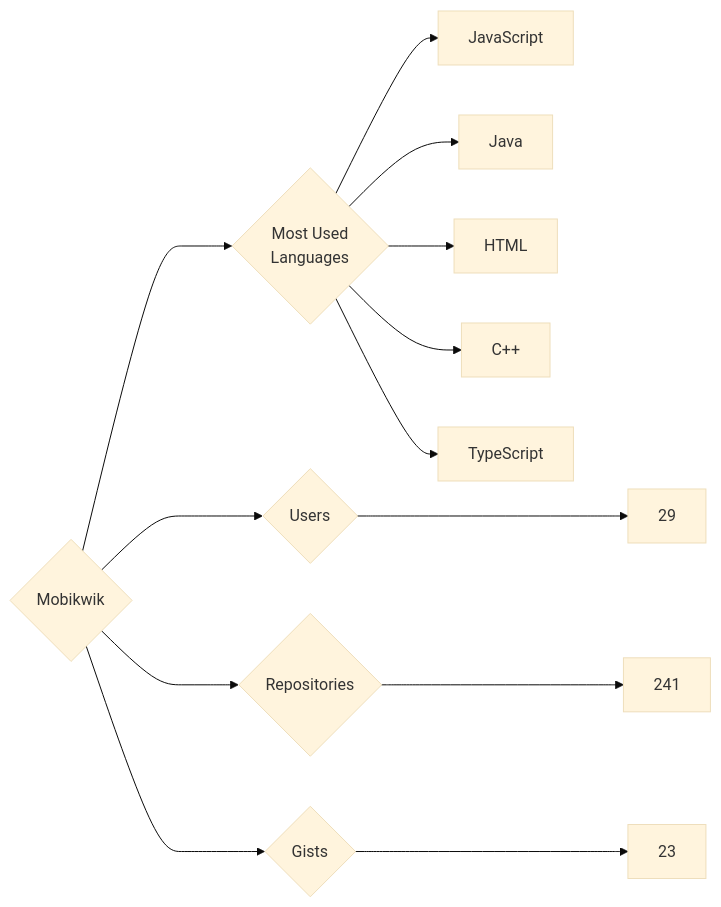
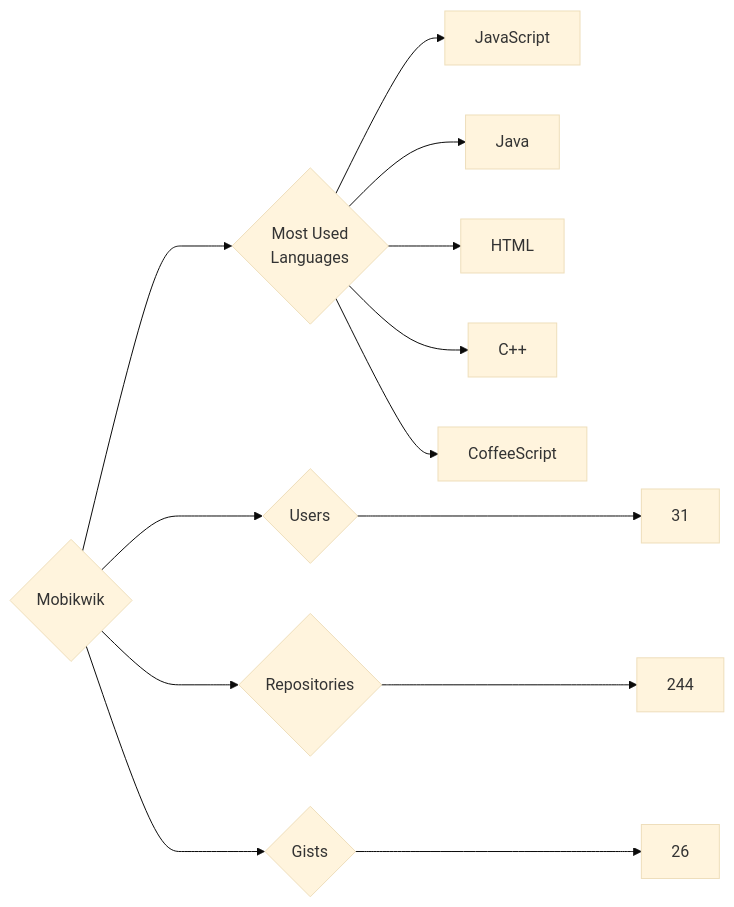
The diagram in targets/Mobikwik/README.md (trickest/insiders), drawn with Mermaid (base theme) before and after one commit. The commit also changed 969 other files, not shown here.

````diff
--- a/targets/Mobikwik/README.md
+++ b/targets/Mobikwik/README.md
@@ -3,13 +3,13 @@
 ```mermaid
 graph LR
 COMPANY_NAME{Mobikwik}
-COMPANY_NAME ---> U{Users} ---> UN[29]
-COMPANY_NAME ---> R{Repositories} ---> RN[241]
-COMPANY_NAME ---> G{Gists} ---> GN[23]
+COMPANY_NAME ---> U{Users} ---> UN[31]
+COMPANY_NAME ---> R{Repositories} ---> RN[244]
+COMPANY_NAME ---> G{Gists} ---> GN[26]
 COMPANY_NAME ---> ML{Most Used<br>Languages}
 ML --> JavaScript[JavaScript]
 ML --> Java[Java]
 ML --> HTML[HTML]
 ML --> C++[C++]
-ML --> TypeScript[TypeScript]
+ML --> CoffeeScript[CoffeeScript]
 ```
````
